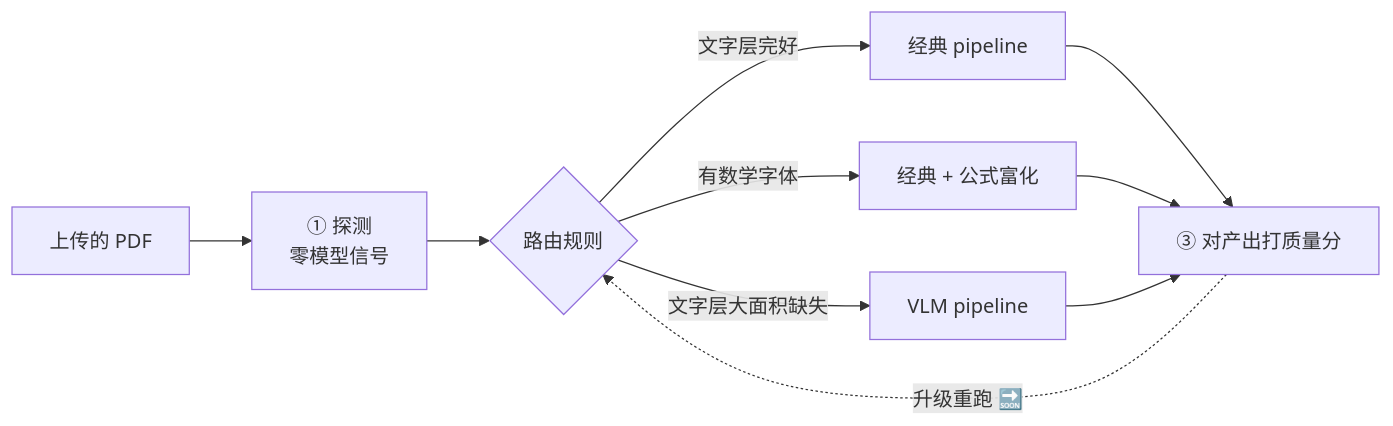
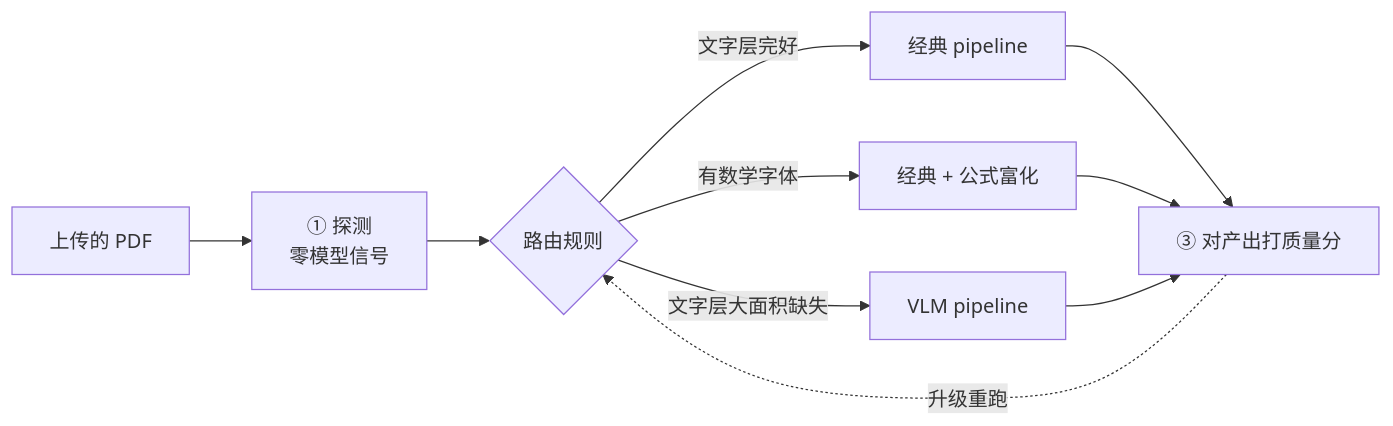
Before and after one commit to Zhengjunliang/multilingual-course-assistant: the fourth of 6 diagrams in docs/docling-e-pipeline.md, drawn with Mermaid. The commit also changed other lines of this file and 9 other files, not shown here.

````diff
--- a/docs/docling-e-pipeline.md
+++ b/docs/docling-e-pipeline.md
@@ -217,12 +217,12 @@
 ```mermaid
 flowchart LR
     U[上传的 PDF] --> P[① 探测<br/>零模型信号]
     P --> R{路由规则}
     R -->|文字层完好| C[经典 pipeline]
     R -->|有数学字体| CF[经典 + 公式富化]
     R -->|文字层大面积缺失| V[VLM pipeline]
     C --> Q[③ 对产出打质量分]
     CF --> Q
     V --> Q
-    Q -.升级重跑 🔜.-> R
+    Q -.升级重跑.-> R
 ```
````
